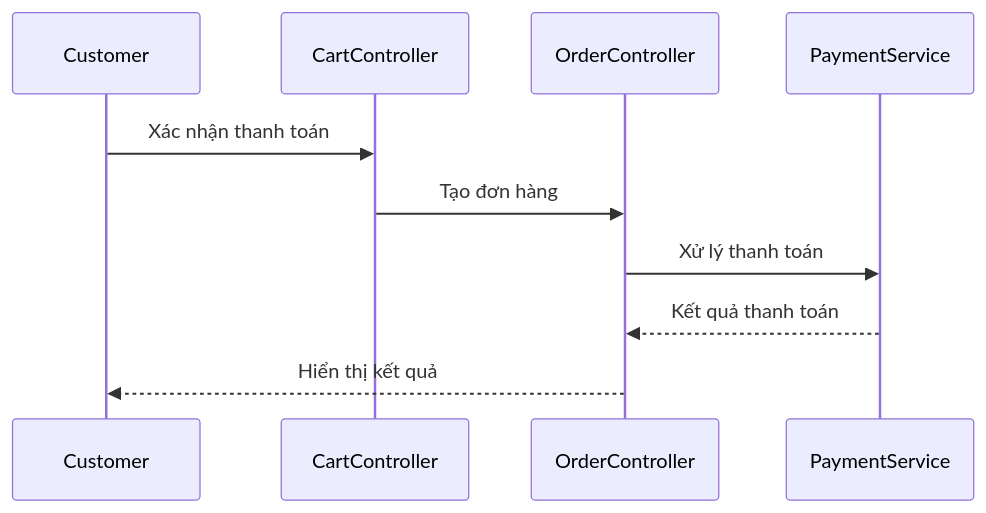
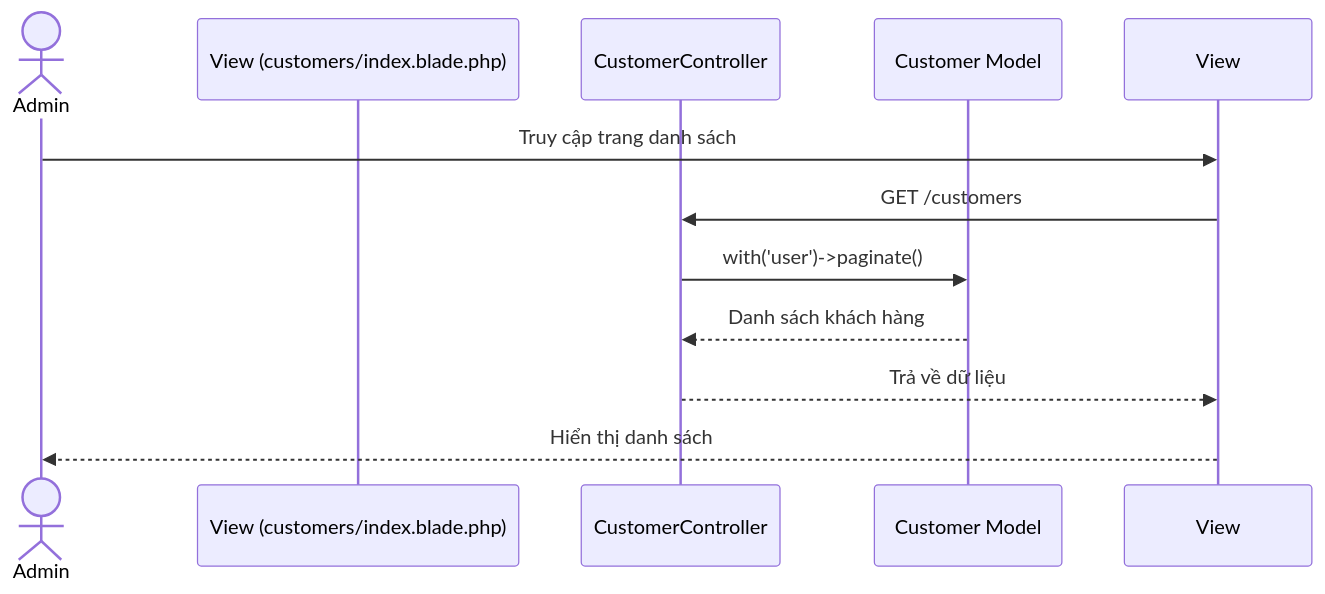
Diagram 11 of 24 in README.md (xuanmanh-2110/flowershop), drawn with Mermaid before and after one commit. The commit also changed other lines of this file, not shown here.

Commit message:
Add sequence diagrams for user authentication, product management, and order processing in README.md

````diff
--- a/README.md
+++ b/README.md
@@ -529,13 +696,14 @@
 ```mermaid
 sequenceDiagram
-    participant Customer
-    participant CartController
-    participant OrderController
-    participant PaymentService
-    
-    Customer->>CartController: Xác nhận thanh toán
-    CartController->>OrderController: Tạo đơn hàng
-    OrderController->>PaymentService: Xử lý thanh toán
-    PaymentService-->>OrderController: Kết quả thanh toán
-    OrderController-->>Customer: Hiển thị kết quả
+    actor Admin
+    participant View (customers/index.blade.php)
+    participant CustomerController
+    participant Customer Model
+
+    Admin->>View: Truy cập trang danh sách
+    View->>CustomerController: GET /customers
+    CustomerController->>Customer Model: with('user')->paginate()
+    Customer Model-->>CustomerController: Danh sách khách hàng
+    CustomerController-->>View: Trả về dữ liệu
+    View-->>Admin: Hiển thị danh sách
 ```
````
